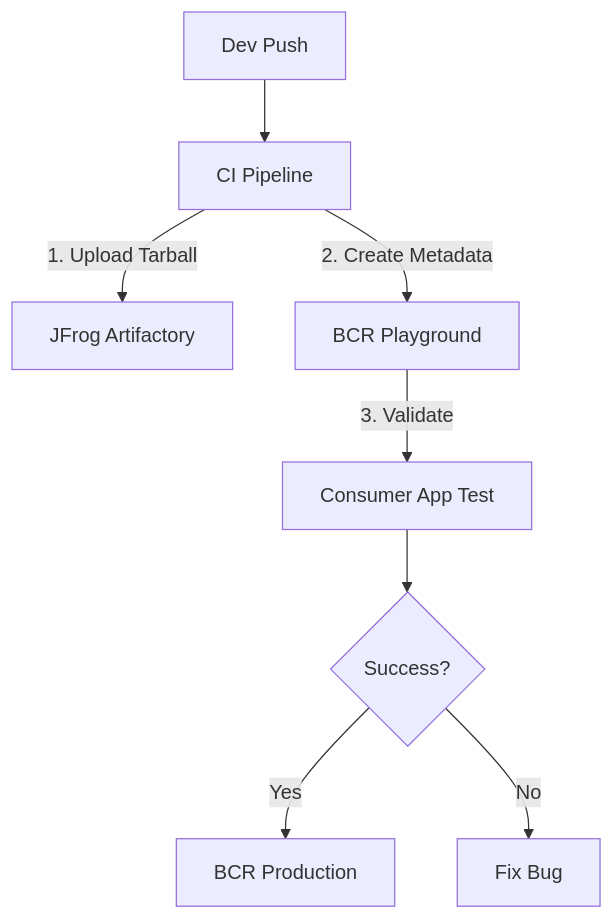
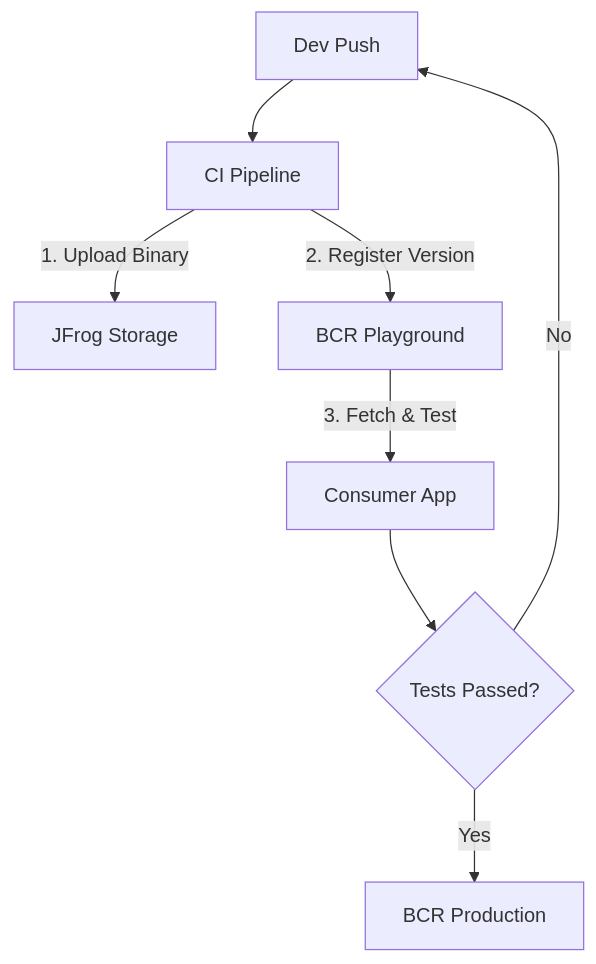
Before and after one commit to rosthansilva/corporate-bazel-workspace: the diagram in README.md, drawn with Mermaid.

````diff
--- a/README.md
+++ b/README.md
@@ -90,14 +90,15 @@
 ```mermaid
 graph TD
-    Dev[Dev Push] --> CI[CI Pipeline]
-    CI -->|1. Upload Tarball| JFrog[JFrog Artifactory]
-    CI -->|2. Create Metadata| Play[BCR Playground]
+    A[Dev Push] --> B[CI Pipeline]
     
-    Play -->|3. Validate| App[Consumer App Test]
+    B -->|1. Upload Binary| C[JFrog Storage]
+    B -->|2. Register Version| D[BCR Playground]
     
-    App --> Check{Success?}
+    D -->|3. Fetch & Test| E[Consumer App]
     
-    Check -- Yes --> Prod[BCR Production]
-    Check -- No --> Fix[Fix Bug]
+    E --> F{Tests Passed?}
+    
+    F -- Yes --> G[BCR Production]
+    F -- No --> A
 
 ```
````
